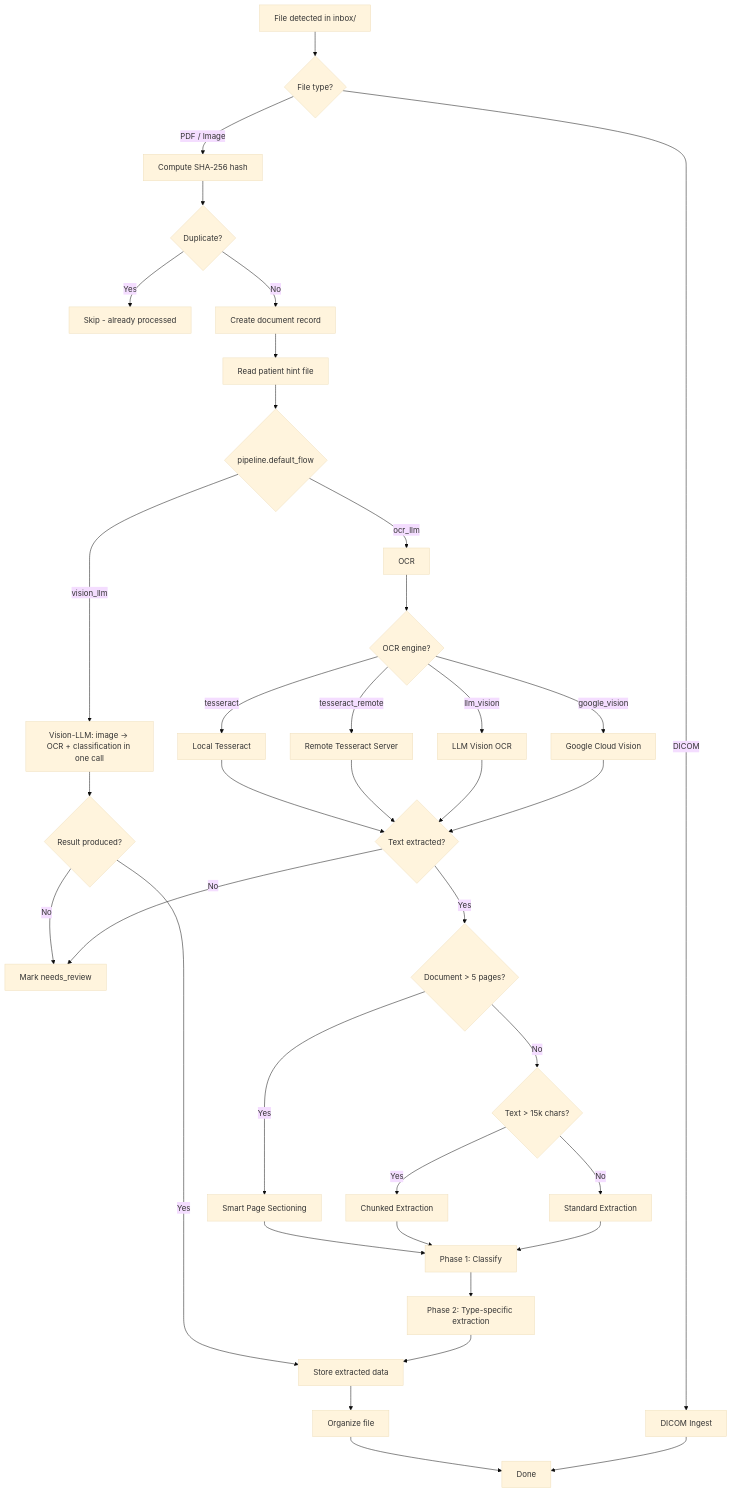
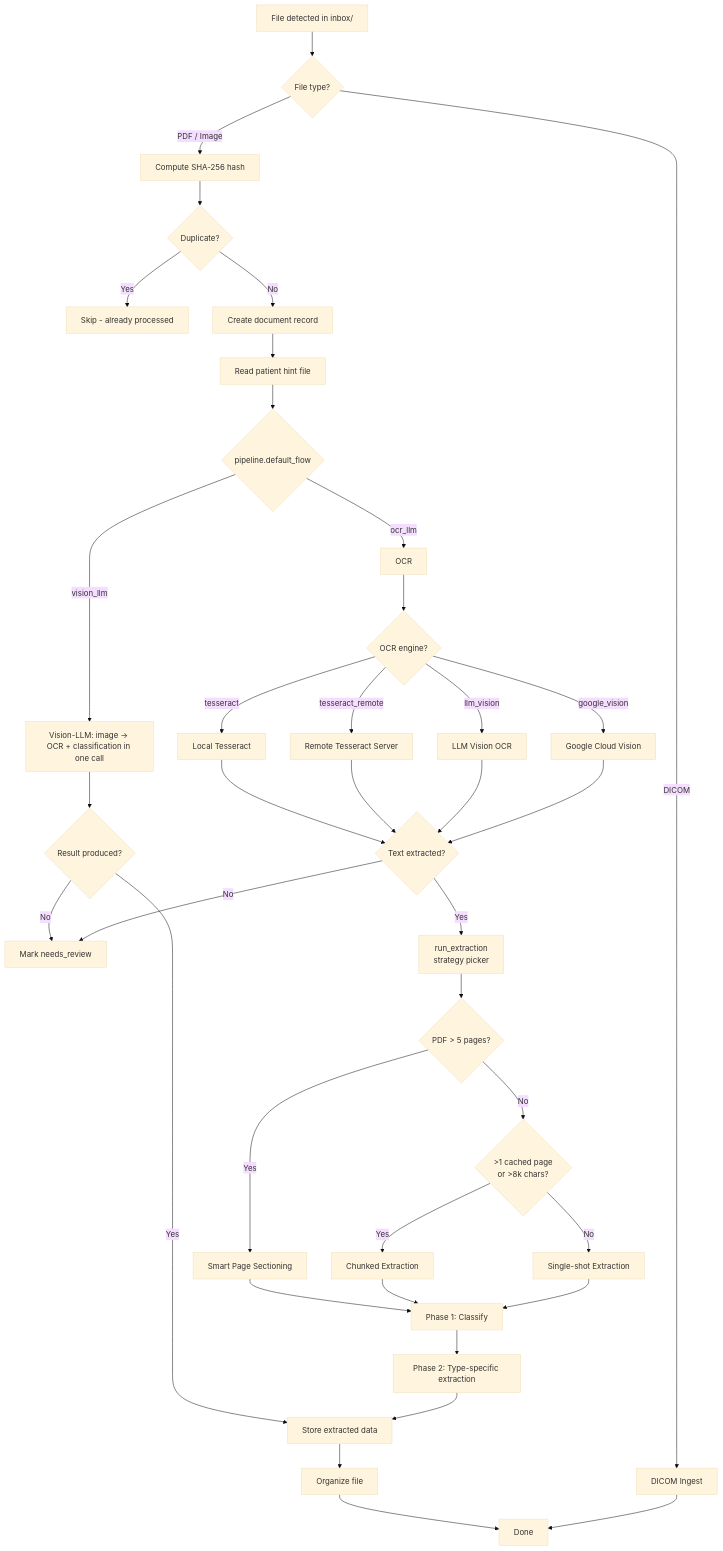
Before and after one commit to giovi321/asclepius: the first of 2 diagrams in docs/docs/architecture/pipeline.md, drawn with Mermaid (base theme). The commit also changed other lines of this file and 13 other files, not shown here.

````diff
--- a/docs/docs/architecture/pipeline.md
+++ b/docs/docs/architecture/pipeline.md
@@ -7,44 +7,45 @@
 ```mermaid
 flowchart TD
     A[File detected in inbox/] --> B{File type?}
     B -->|DICOM| C[DICOM Ingest]
     B -->|PDF / Image| D[Compute SHA-256 hash]
     D --> E{Duplicate?}
     E -->|Yes| F[Skip - already processed]
     E -->|No| G[Create document record]
     G --> H[Read patient hint file]
     H --> FLOW{pipeline.default_flow}
 
     FLOW -->|vision_llm| VX[Vision-LLM: image -> OCR + classification in one call]
     VX --> V2{Result produced?}
     V2 -->|No| P[Mark needs_review]
     V2 -->|Yes| X[Store extracted data]
 
     FLOW -->|ocr_llm| I[OCR]
     I --> J{OCR engine?}
     J -->|tesseract| K[Local Tesseract]
     J -->|tesseract_remote| L[Remote Tesseract Server]
     J -->|llm_vision| M[LLM Vision OCR]
     J -->|google_vision| N[Google Cloud Vision]
 
     K & L & M & N --> O{Text extracted?}
     O -->|No| P
-    O -->|Yes| Q{Document > 5 pages?}
+    O -->|Yes| RE[run_extraction<br/>strategy picker]
 
+    RE --> Q{PDF > 5 pages?}
     Q -->|Yes| R[Smart Page Sectioning]
-    Q -->|No| S{Text > 15k chars?}
+    Q -->|No| S{>1 cached page<br/>or >8k chars?}
 
     S -->|Yes| T[Chunked Extraction]
-    S -->|No| U[Standard Extraction]
+    S -->|No| U[Single-shot Extraction]
 
     R --> V[Phase 1: Classify]
     T --> V
     U --> V
 
     V --> W[Phase 2: Type-specific extraction]
     W --> X
     X --> Y[Organize file]
     Y --> Z[Done]
 
     C --> Z
 ```
````
